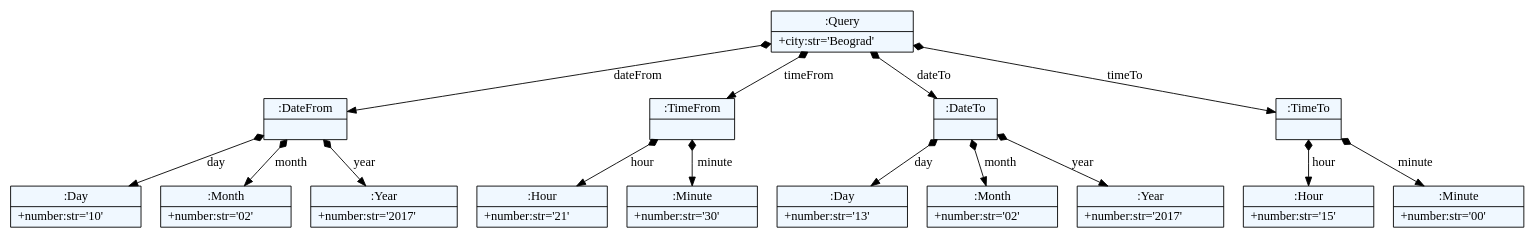
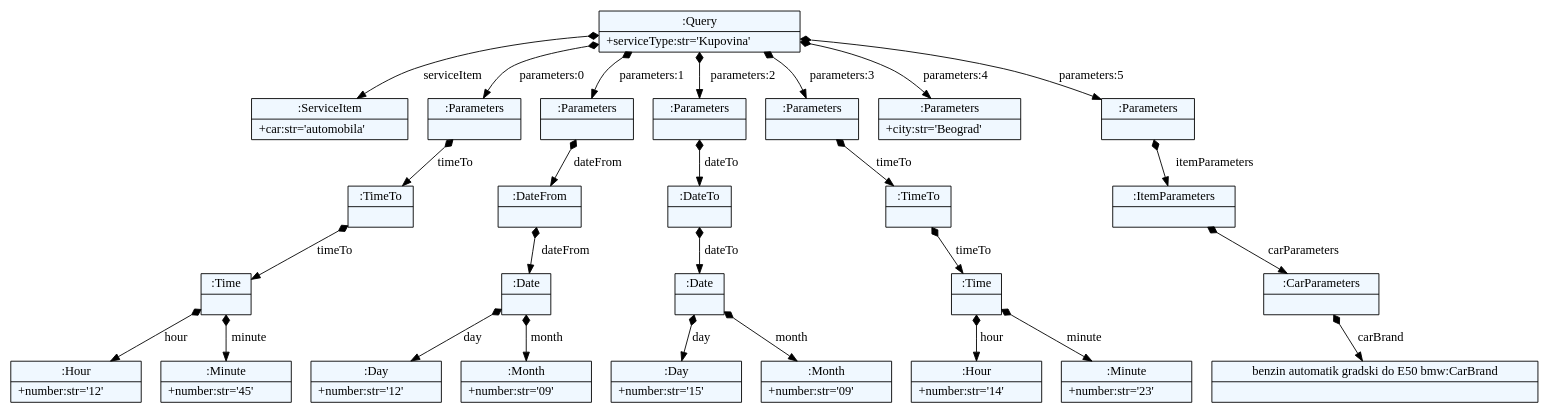
One commit to ftnE2-tim1-2016-17/jsd changed the diagram in textXGrammar/test.dot. Above: the diagram before and after it, drawn with Graphviz. The commit also changed 9 other files, not shown here.

```diff
--- a/textXGrammar/test.dot
+++ b/textXGrammar/test.dot
@@ -1,44 +1,69 @@
 
     digraph xtext {
     fontname = "Bitstream Vera Sans"
     fontsize = 8
     node[
         shape=record,
         style=filled,
         fillcolor=aliceblue
     ]
     nodesep = 0.3
     edge[dir=black,arrowtail=empty]
 
 
-62293040 -> 62314640 [label="dateFrom" arrowtail=diamond dir=both]
-62314640 -> 62314704 [label="day" arrowtail=diamond dir=both]
-62314704[label="{:Day|+number:str='10'\l}"]
-62314640 -> 62314736 [label="month" arrowtail=diamond dir=both]
-62314736[label="{:Month|+number:str='02'\l}"]
-62314640 -> 62314768 [label="year" arrowtail=diamond dir=both]
-62314768[label="{:Year|+number:str='2017'\l}"]
-62314640[label="{:DateFrom|}"]
-62293040 -> 62314608 [label="timeFrom" arrowtail=diamond dir=both]
-62314608 -> 62314864 [label="hour" arrowtail=diamond dir=both]
-62314864[label="{:Hour|+number:str='21'\l}"]
-62314608 -> 62314896 [label="minute" arrowtail=diamond dir=both]
-62314896[label="{:Minute|+number:str='30'\l}"]
-62314608[label="{:TimeFrom|}"]
-62293040 -> 62314672 [label="dateTo" arrowtail=diamond dir=both]
-62314672 -> 62314960 [label="day" arrowtail=diamond dir=both]
-62314960[label="{:Day|+number:str='13'\l}"]
-62314672 -> 62314992 [label="month" arrowtail=diamond dir=both]
-62314992[label="{:Month|+number:str='02'\l}"]
-62314672 -> 62314928 [label="year" arrowtail=diamond dir=both]
-62314928[label="{:Year|+number:str='2017'\l}"]
-62314672[label="{:DateTo|}"]
-62293040 -> 62314832 [label="timeTo" arrowtail=diamond dir=both]
-62314832 -> 62315088 [label="hour" arrowtail=diamond dir=both]
-62315088[label="{:Hour|+number:str='15'\l}"]
-62314832 -> 62315120 [label="minute" arrowtail=diamond dir=both]
-62315120[label="{:Minute|+number:str='00'\l}"]
-62314832[label="{:TimeTo|}"]
-62293040[label="{:Query|+city:str='Beograd'\l}"]
+74259728 -> 74259824 [label="serviceItem" arrowtail=diamond dir=both]
+74259824[label="{:ServiceItem|+car:str='automobila'\l}"]
+74259728 -> 74266288 [label="parameters:0" arrowtail=diamond dir=both]
+74266288 -> 74266064 [label="timeTo" arrowtail=diamond dir=both]
+74266064 -> 74266480 [label="timeTo" arrowtail=diamond dir=both]
+74266480 -> 74266448 [label="hour" arrowtail=diamond dir=both]
+74266448[label="{:Hour|+number:str='12'\l}"]
+74266480 -> 74266384 [label="minute" arrowtail=diamond dir=both]
+74266384[label="{:Minute|+number:str='45'\l}"]
+74266480[label="{:Time|}"]
+74266064[label="{:TimeTo|}"]
+74266288[label="{:Parameters|}"]
+74259728 -> 74266128 [label="parameters:1" arrowtail=diamond dir=both]
+74266128 -> 74260144 [label="dateFrom" arrowtail=diamond dir=both]
+74260144 -> 74266544 [label="dateFrom" arrowtail=diamond dir=both]
+74266544 -> 74266896 [label="day" arrowtail=diamond dir=both]
+74266896[label="{:Day|+number:str='12'\l}"]
+74266544 -> 74266832 [label="month" arrowtail=diamond dir=both]
+74266832[label="{:Month|+number:str='09'\l}"]
+74266544[label="{:Date|}"]
+74260144[label="{:DateFrom|}"]
+74266128[label="{:Parameters|}"]
+74259728 -> 74258352 [label="parameters:2" arrowtail=diamond dir=both]
+74258352 -> 74266512 [label="dateTo" arrowtail=diamond dir=both]
+74266512 -> 74266864 [label="dateTo" arrowtail=diamond dir=both]
+74266864 -> 74266992 [label="day" arrowtail=diamond dir=both]
+74266992[label="{:Day|+number:str='15'\l}"]
+74266864 -> 74267024 [label="month" arrowtail=diamond dir=both]
+74267024[label="{:Month|+number:str='09'\l}"]
+74266864[label="{:Date|}"]
+74266512[label="{:DateTo|}"]
+74258352[label="{:Parameters|}"]
+74259728 -> 74266640 [label="parameters:3" arrowtail=diamond dir=both]
+74266640 -> 74266800 [label="timeTo" arrowtail=diamond dir=both]
+74266800 -> 74267056 [label="timeTo" arrowtail=diamond dir=both]
+74267056 -> 74267088 [label="hour" arrowtail=diamond dir=both]
+74267088[label="{:Hour|+number:str='14'\l}"]
+74267056 -> 74267184 [label="minute" arrowtail=diamond dir=both]
+74267184[label="{:Minute|+number:str='23'\l}"]
+74267056[label="{:Time|}"]
+74266800[label="{:TimeTo|}"]
+74266640[label="{:Parameters|}"]
+74259728 -> 74266416 [label="parameters:4" arrowtail=diamond dir=both]
+74266416[label="{:Parameters|+city:str='Beograd'\l}"]
+74259728 -> 74266928 [label="parameters:5" arrowtail=diamond dir=both]
+74266928 -> 74266960 [label="itemParameters" arrowtail=diamond dir=both]
+74266960 -> 74267280 [label="carParameters" arrowtail=diamond dir=both]
+74267280 -> 74267344 [label="carBrand" arrowtail=diamond dir=both]
+74267344[label="{benzin automatik gradski do E50 bmw
+:CarBrand|}"]
+74267280[label="{:CarParameters|}"]
+74266960[label="{:ItemParameters|}"]
+74266928[label="{:Parameters|}"]
+74259728[label="{:Query|+serviceType:str='Kupovina'\l}"]
 
 }
```
